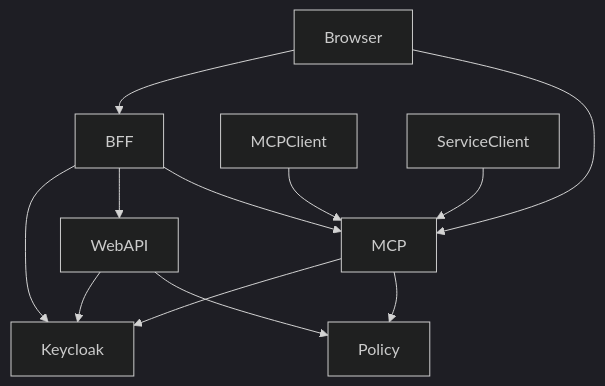
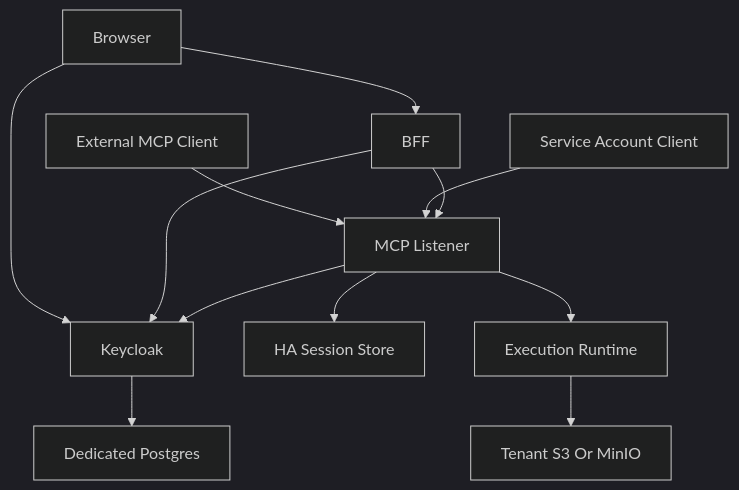
Before and after one commit to Tuee22/studioMCP: the first of 2 diagrams in documents/architecture/multi_tenant_saas_mcp_auth_architecture.md, drawn with Mermaid (dark theme). The commit also changed other lines of this file and 29 other files, not shown here.

````diff
--- a/documents/architecture/multi_tenant_saas_mcp_auth_architecture.md
+++ b/documents/architecture/multi_tenant_saas_mcp_auth_architecture.md
@@ -124,17 +36,14 @@
 ```mermaid
 flowchart TB
-    Browser --> BFF
-    Browser --> MCP
-    MCPClient --> MCP
-    ServiceClient --> MCP
-
-    BFF --> Keycloak
-    MCP --> Keycloak
-    WebAPI --> Keycloak
-
-    BFF --> WebAPI
-    BFF --> MCP
-
-    MCP --> Policy
-    WebAPI --> Policy
+  Browser[Browser] --> BFF[BFF]
+  Browser --> Keycloak[Keycloak]
+  External[External MCP Client] --> MCP[MCP Listener]
+  Service[Service Account Client] --> MCP
+  BFF --> Keycloak
+  BFF --> MCP
+  MCP --> Keycloak
+  MCP --> Redis[HA Session Store]
+  MCP --> Runtime[Execution Runtime]
+  Runtime --> Storage[Tenant S3 Or MinIO]
+  Keycloak --> Pg[Dedicated Postgres]
 ```
````
